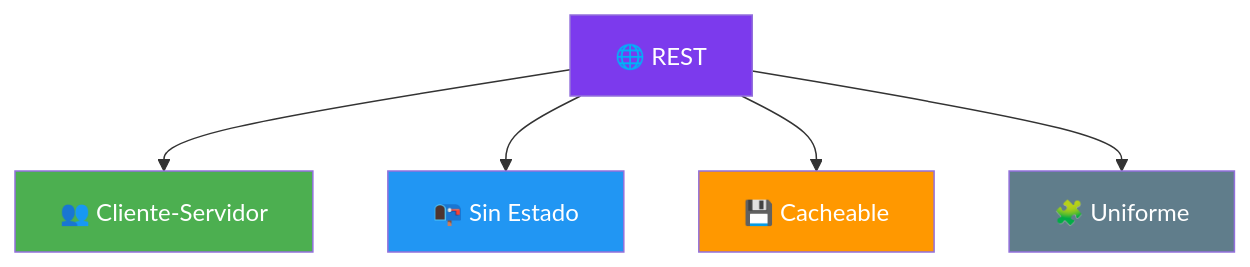
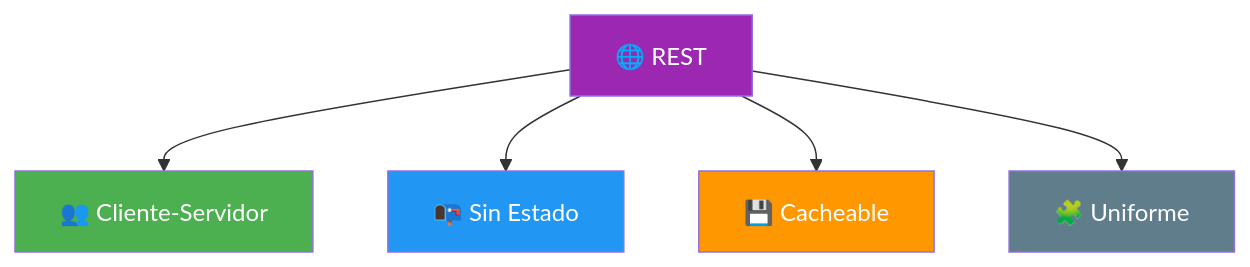
One commit to joseluisgs/DesarrolloWebEntornosServidor-02-2026-2027 changed the second of 4 diagrams in 02-rest-api.md. Above: the diagram before and after it, drawn with Mermaid. The commit also changed other lines of this file and 15 other files, not shown here.

````diff
--- a/02-rest-api.md
+++ b/02-rest-api.md
@@ -61,12 +61,12 @@
 ```mermaid
 flowchart TD
     A["🌐 REST"] --> B["👥 Cliente-Servidor"]
     A --> C["📭 Sin Estado"]
     A --> D["💾 Cacheable"]
     A --> E["🧩 Uniforme"]
-    style A fill:#7c3aed,color:#fff
+    style A fill:#9C27B0,color:#fff
     style B fill:#4CAF50,color:#fff
     style C fill:#2196F3,color:#fff
     style D fill:#FF9800,color:#fff
     style E fill:#607D8B,color:#fff
 ```
````
